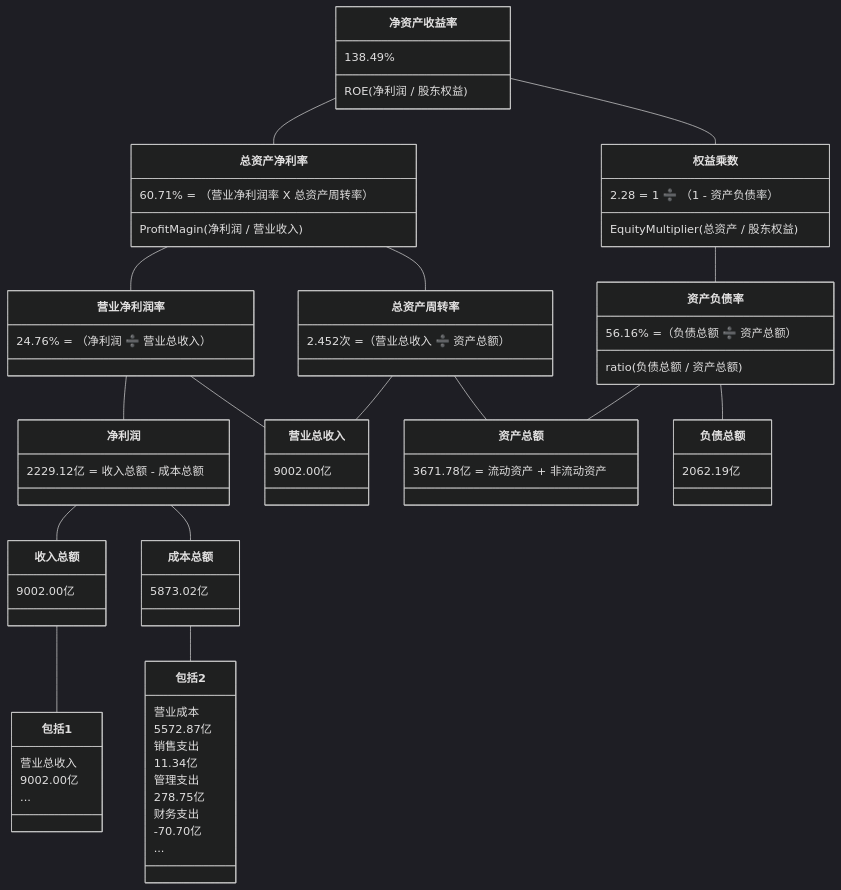
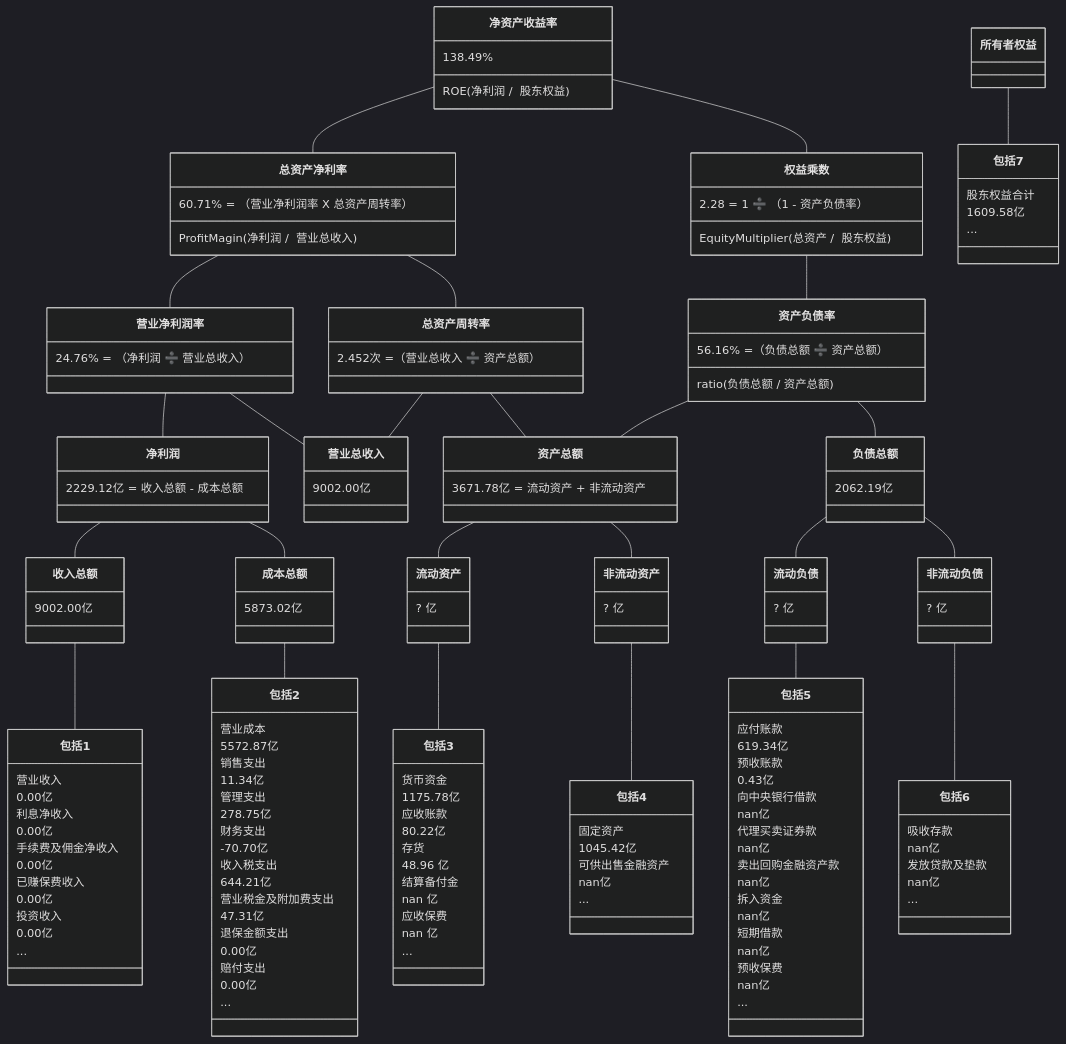
One commit to TheVeryDarkness/cs410 changed the sixth of 10 diagrams in 2/2.md. Above: the diagram before and after it, drawn with Mermaid (dark theme). The commit also changed other lines of this file and 101 other files, not shown here.

````diff
--- a/2/2.md
+++ b/2/2.md
@@ -279,51 +624,121 @@
 ```mermaid
 classDiagram
 净资产收益率 -- 总资产净利率
-	净资产收益率 : 138.49%
-	净资产收益率 : ROE(净利润 /  股东权益)
-	总资产净利率 : 60.71% = （营业净利润率 X 总资产周转率）
-	总资产净利率 : ProfitMagin(净利润 /  营业收入)
+    净资产收益率 : 138.49%
+    净资产收益率 : ROE(净利润 /  股东权益)
+    总资产净利率 : 60.71% = （营业净利润率 X 总资产周转率）
+    总资产净利率 : ProfitMagin(净利润 /  营业总收入)
 净资产收益率 -- 权益乘数
-	权益乘数 : 2.28 = 1 ➗ （1 - 资产负债率）
-	权益乘数 : EquityMultiplier(总资产 /  股东权益)
-	
+    权益乘数 : 2.28 = 1 ➗ （1 - 资产负债率）
+    权益乘数 : EquityMultiplier(总资产 /  股东权益)
+    
 总资产净利率 -- 营业净利润率
-	营业净利润率 : 24.76% = （净利润 ➗ 营业总收入）
+    营业净利润率 : 24.76% = （净利润 ➗ 营业总收入）
 总资产净利率 -- 总资产周转率
-	总资产周转率 : 2.452次 =（营业总收入 ➗ 资产总额）
+    总资产周转率 : 2.452次 =（营业总收入 ➗ 资产总额）
 权益乘数 -- 资产负债率
-	资产负债率  : 56.16% =（负债总额 ➗ 资产总额）
-	资产负债率  : ratio(负债总额 / 资产总额)
+    资产负债率  : 56.16% =（负债总额 ➗ 资产总额）
+    资产负债率  : ratio(负债总额 / 资产总额)
 
 营业净利润率 -- 净利润
-	净利润 : 2229.12亿 = 收入总额 - 成本总额
+    净利润 : 2229.12亿 = 收入总额 - 成本总额
 营业净利润率 -- 营业总收入
-	营业总收入 : 9002.00亿
+    营业总收入 : 9002.00亿
 总资产周转率 -- 营业总收入
 总资产周转率 -- 资产总额
-	资产总额 : 3671.78亿 = 流动资产 + 非流动资产
+    资产总额 : 3671.78亿 = 流动资产 + 非流动资产
 资产负债率 -- 　负债总额
-	负债总额 : 2062.19亿
+    负债总额 : 2062.19亿
 资产负债率 -- 　资产总额
 
 
 净利润 -- 收入总额
-	收入总额 : 9002.00亿
+    收入总额 : 9002.00亿
 净利润 -- 成本总额
-	成本总额 : 5873.02亿
+    成本总额 : 5873.02亿
+资产总额 -- 流动资产
+	流动资产 : ? 亿
+资产总额 -- 非流动资产
+	非流动资产 : ? 亿
+负债总额 -- 流动负债
+	流动负债 : ? 亿
+负债总额 -- 非流动负债
+	非流动负债 : ? 亿
 
 收入总额 -- 包括1
-	包括1 : 营业总收入
-	包括1 : 9002.00亿
-	包括1 : ...
+    包括1 : 营业收入
+    包括1 : 0.00亿
+    包括1 : 利息净收入
+    包括1 : 0.00亿
+    包括1 : 手续费及佣金净收入
+    包括1 : 0.00亿
+    包括1 : 已赚保费收入
+    包括1 : 0.00亿
+    包括1 : 投资收入
+    包括1 : 0.00亿
+    包括1 : ...
 成本总额 -- 包括2
-	包括2 : 营业成本
-	包括2 : 5572.87亿
-	包括2 : 销售支出
-	包括2 : 11.34亿
-	包括2 : 管理支出
-	包括2 : 278.75亿
-	包括2 : 财务支出
-	包括2 : -70.70亿
-	包括2 : ...
+    包括2 : 营业成本
+    包括2 : 5572.87亿
+    包括2 : 销售支出
+    包括2 : 11.34亿
+    包括2 : 管理支出
+    包括2 : 278.75亿
+    包括2 : 财务支出
+    包括2 : -70.70亿
+    包括2 : 收入税支出
+    包括2 : 644.21亿
+    包括2 : 营业税金及附加费支出
+    包括2 : 47.31亿
+    包括2 : 退保金额支出
+    包括2 : 0.00亿
+    包括2 : 赔付支出
+    包括2 : 0.00亿
+    包括2 : ...
+流动资产 -- 包括3
+    包括3 : 货币资金
+    包括3 : 1175.78亿
+    包括3 : 应收账款
+    包括3 : 80.22亿
+    包括3 : 存货
+    包括3 : 48.96 亿
+    包括3 : 结算备付金
+    包括3 : nan 亿
+    包括3 : 应收保费
+    包括3 : nan 亿
+    包括3 : ...
+非流动资产 -- 包括4
+    包括4 : 固定资产
+    包括4 : 1045.42亿
+    包括4 : 可供出售金融资产
+    包括4 : nan亿
+    包括4 : ...
+流动负债 -- 包括5
+    包括5 : 应付账款
+    包括5 : 619.34亿
+    包括5 : 预收账款
+    包括5 : 0.43亿
+    包括5 : 向中央银行借款
+    包括5 : nan亿
+    包括5 : 代理买卖证券款
+    包括5 : nan亿
+    包括5 : 卖出回购金融资产款
+    包括5 : nan亿
+    包括5 : 拆入资金
+    包括5 : nan亿
+    包括5 : 短期借款
+    包括5 : nan亿
+    包括5 : 预收保费
+    包括5 : nan亿
+    包括5 : ...
+非流动负债 -- 包括6
+    包括6 : 吸收存款
+    包括6 : nan亿
+    包括6 : 发放贷款及垫款
+    包括6 : nan亿
+    包括6 : ...
+所有者权益 -- 包括7
+    包括7 : 股东权益合计
+    包括7 : 1609.58亿
+    包括7 : ...
 ```
````
